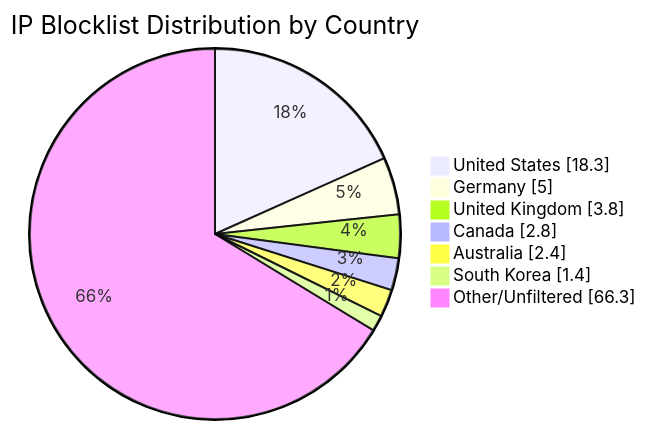
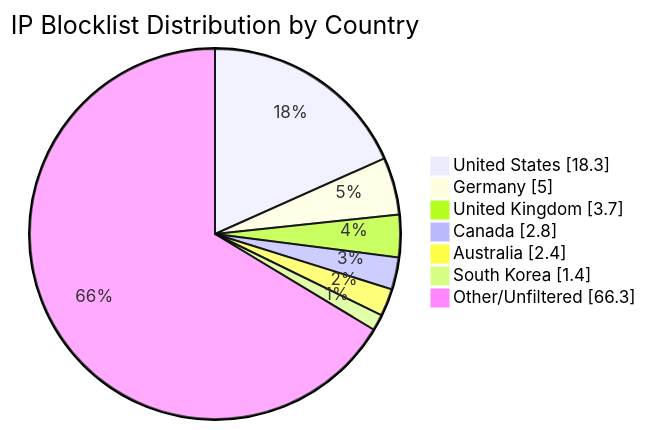
One commit to MarcusHoltz/ipblocklist-geofiltered-aggregator changed the diagram in README.md. Above: the diagram before and after it, drawn with Mermaid. The commit also changed other lines of this file and 9 other files, not shown here.

````diff
--- a/README.md
+++ b/README.md
@@ -34,10 +34,10 @@
 ```mermaid
 pie showData title IP Blocklist Distribution by Country
 "United States" : 18.3
 "Germany" : 5.0
-"United Kingdom" : 3.8
+"United Kingdom" : 3.7
 "Canada" : 2.8
 "Australia" : 2.4
 "South Korea" : 1.4
 "Other/Unfiltered" : 66.3
 ```
````
